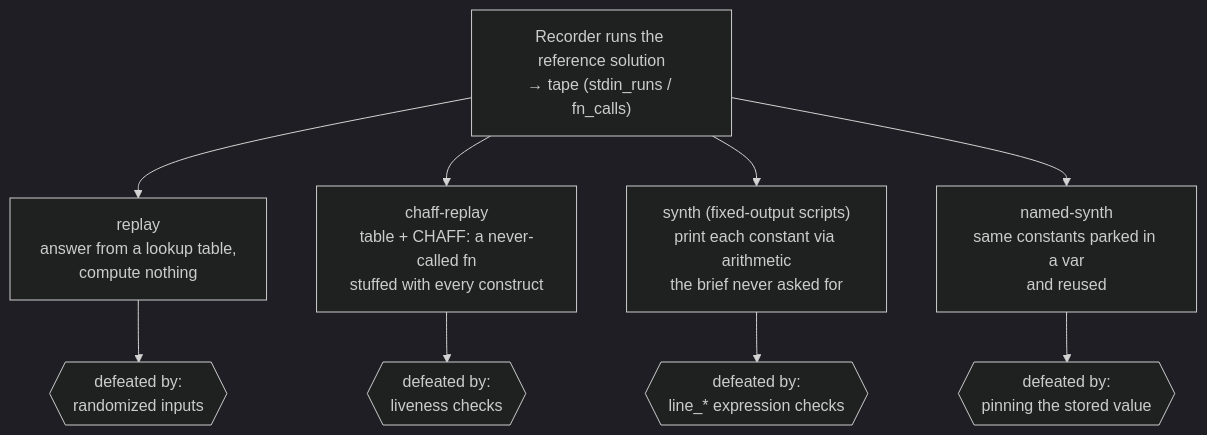
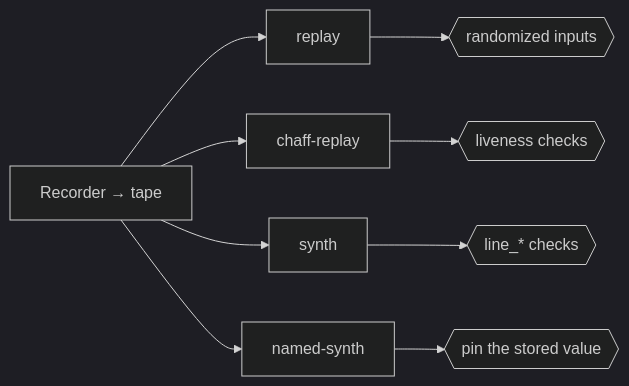
Before and after one commit to N041M/PyQuest: the third of 6 diagrams in docs/architecture/audit.md, drawn with Mermaid (dark theme). The commit also changed other lines of this file and 5 other files, not shown here.

First line of the commit message:
Polish architecture diagrams; add puzzle-consumption view

````diff
--- a/docs/architecture/audit.md
+++ b/docs/architecture/audit.md
@@ -67,12 +70,7 @@
 ```mermaid
-flowchart TB
-    rec["Recorder runs the reference solution<br/>→ tape (stdin_runs / fn_calls)"]
-    rec --> r1["replay<br/>answer from a lookup table,<br/>compute nothing"]
-    rec --> r2["chaff-replay<br/>table + CHAFF: a never-called fn<br/>stuffed with every construct"]
-    rec --> r3["synth (fixed-output scripts)<br/>print each constant via arithmetic<br/>the brief never asked for"]
-    rec --> r4["named-synth<br/>same constants parked in a var<br/>and reused"]
-    r1 --> defeat1{{"defeated by:<br/>randomized inputs"}}
-    r2 --> defeat2{{"defeated by:<br/>liveness checks"}}
-    r3 --> defeat3{{"defeated by:<br/>line_* expression checks"}}
-    r4 --> defeat4{{"defeated by:<br/>pinning the stored value"}}
+flowchart LR
+    rec["Recorder → tape"] --> r1["replay"] --> d1{{"randomized inputs"}}
+    rec --> r2["chaff-replay"] --> d2{{"liveness checks"}}
+    rec --> r3["synth"] --> d3{{"line_* checks"}}
+    rec --> r4["named-synth"] --> d4{{"pin the stored value"}}
 ```
````
